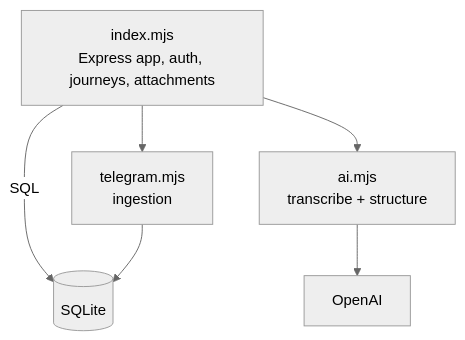
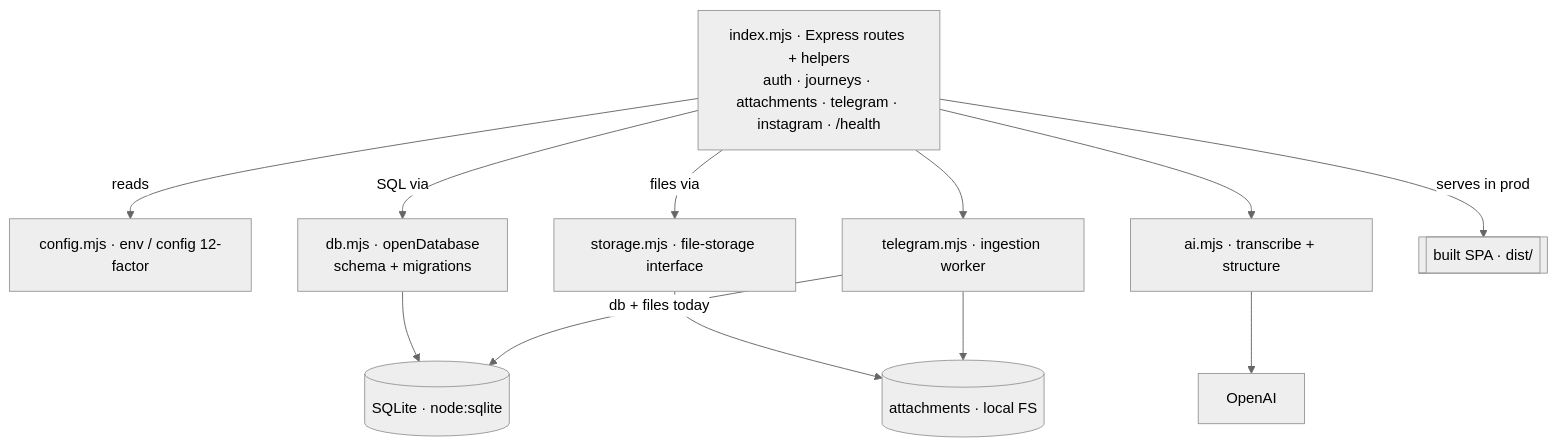
Before and after one commit to uaDimooon/journey: the fourth of 5 diagrams in docs/architecture/C4.md, drawn with Mermaid (neutral theme). The commit also changed other lines of this file, not shown here.

First line of the commit message:
docs(c4): refresh architecture diagrams (data-layer seams + deployment)

````diff
--- a/docs/architecture/C4.md
+++ b/docs/architecture/C4.md
@@ -93,14 +100,25 @@
 ```mermaid
 flowchart TB
-    index[index.mjs<br/>Express app, auth, journeys, attachments]
-    telegram[telegram.mjs<br/>ingestion]
-    ai[ai.mjs<br/>transcribe + structure]
-    db[(SQLite)]
+    routes[index.mjs · Express routes + helpers<br/>auth · journeys · attachments · telegram · instagram · /health]
+    config[config.mjs · env / config 12-factor]
+    dbmod[db.mjs · openDatabase<br/>schema + migrations]
+    storage[storage.mjs · file-storage interface]
+    telegram[telegram.mjs · ingestion worker]
+    ai[ai.mjs · transcribe + structure]
+    db[(SQLite · node:sqlite)]
+    files[(attachments · local FS)]
     openai[OpenAI]
+    spa[[built SPA · dist/]]
 
-    index -->|SQL| db
-    index --> telegram
-    index --> ai
+    routes -->|reads| config
+    routes -->|SQL via| dbmod
+    dbmod --> db
+    routes -->|files via| storage
+    storage --> files
+    routes -->|serves in prod| spa
+    routes --> telegram
+    routes --> ai
     ai --> openai
-    telegram --> db
+    telegram -->|db + files today| db
+    telegram --> files
 ```
````
